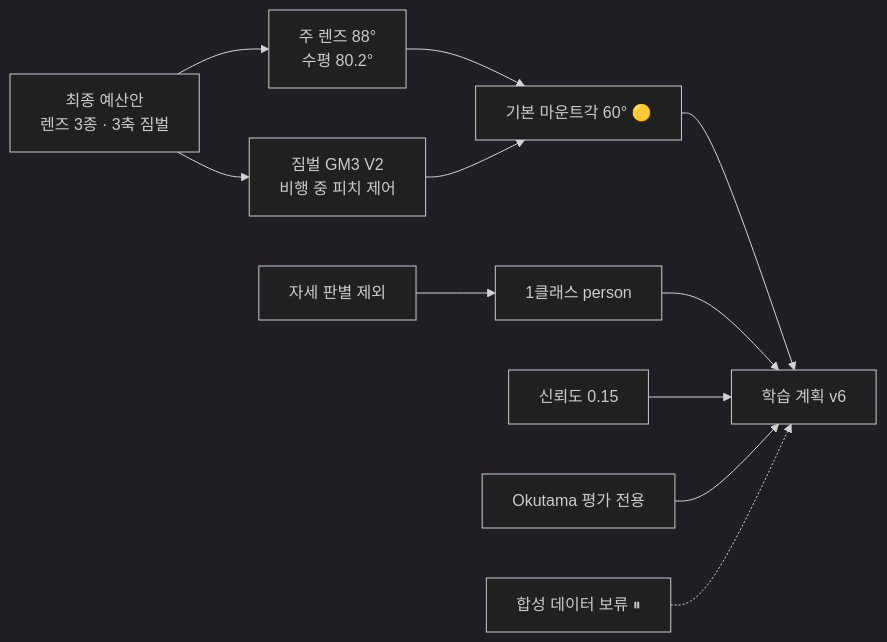
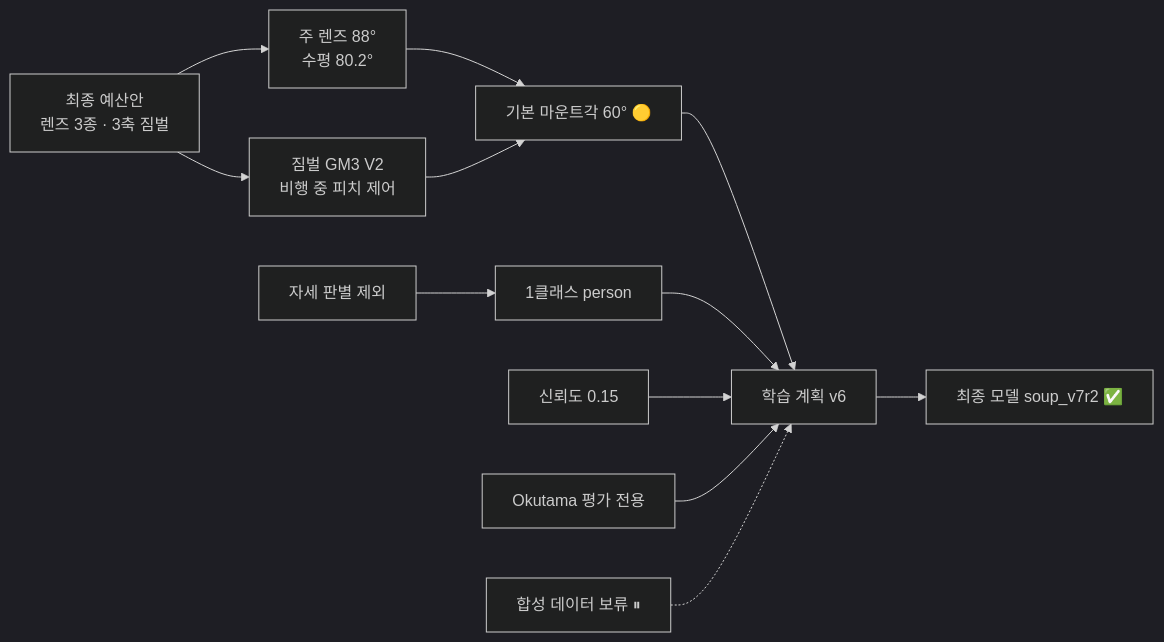
The diagram in obsidian/05 결정/_결정 색인.md (tim9985/Capstone), drawn with Mermaid (dark theme) before and after one commit. The commit also changed other lines of this file and 24 other files, not shown here.

````diff
--- a/obsidian/05 결정/_결정 색인.md
+++ b/obsidian/05 결정/_결정 색인.md
@@ -10,12 +10,13 @@
 ```mermaid
 flowchart LR
     B["최종 예산안<br/>렌즈 3종 · 3축 짐벌"] --> L["주 렌즈 88°<br/>수평 80.2°"]
     B --> G["짐벌 GM3 V2<br/>비행 중 피치 제어"]
     L --> M["기본 마운트각 60° 🟡"]
     G --> M
     M --> P["학습 계획 v6"]
+    P --> F["최종 모델 soup_v7r2 ✅"]
     X["자세 판별 제외"] --> O["1클래스 person"] --> P
     T["신뢰도 0.15"] --> P
     K["Okutama 평가 전용"] --> P
     S["합성 데이터 보류 ⏸"] -.-> P
 ```
````
